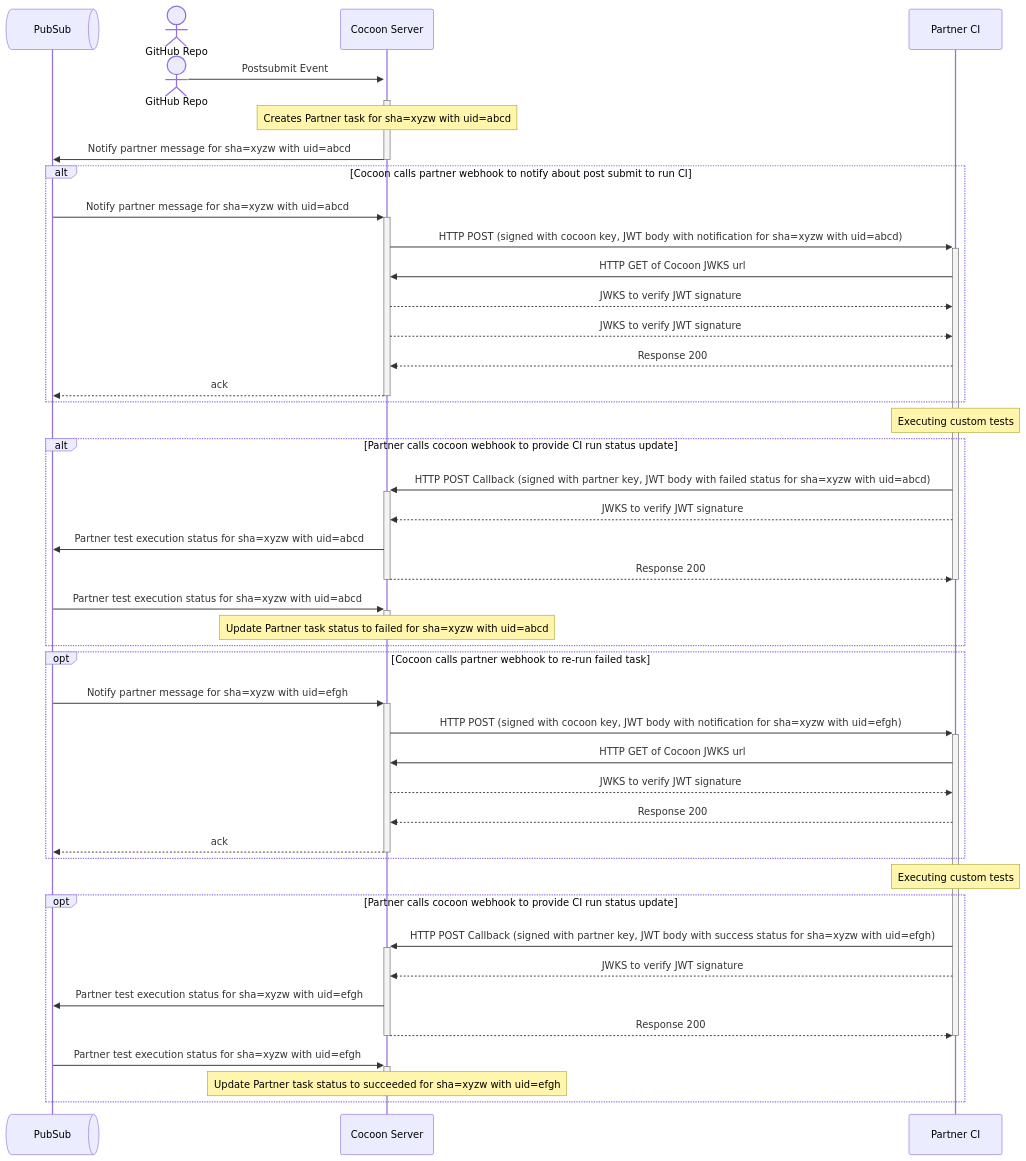
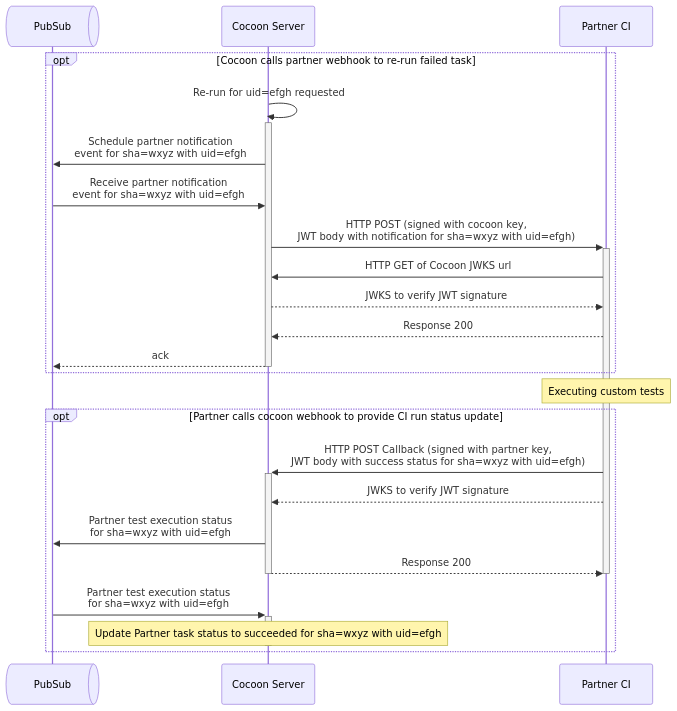
The sixth of 8 diagrams in rfc/610.0000-flutter-pluggable-ci.md (flutter/rfc), drawn with Mermaid before and after one commit. The commit also changed other lines of this file, not shown here.

Commit message:
respond to all codefu comments. split flow diagram to multiple logical parts

````diff
--- a/rfc/610.0000-flutter-pluggable-ci.md
+++ b/rfc/610.0000-flutter-pluggable-ci.md
@@ -160,58 +165,31 @@
 ```mermaid
 sequenceDiagram
     participant PubSub@{"type":"queue"}
-    actor GitHub as GitHub Repo
     participant Cocoon as Cocoon Server
     participant Partner as Partner CI
-    destroy GitHub
-    GitHub->>+Cocoon: Postsubmit Event
-    Note over Cocoon: Creates Partner task for sha=xyzw with uid=abcd 
-    Cocoon->>-PubSub: Notify partner message for sha=xyzw with uid=abcd
-
-    alt Cocoon calls partner webhook to notify about post submit to run CI
-        PubSub->>+Cocoon: Notify partner message for sha=xyzw with uid=abcd
-        Cocoon->>+Partner: HTTP POST (signed with cocoon key, JWT body with notification for sha=xyzw with uid=abcd)
-        Partner->>Cocoon: HTTP GET of Cocoon JWKS url
-        Cocoon-->>Partner: JWKS to verify JWT signature
-        Cocoon-->>Partner: JWKS to verify JWT signature
-        Partner-->>Cocoon: Response 200
-        Cocoon-->>-PubSub: ack
-    end
-
-    Note over Partner: Executing custom tests
-
-    alt Partner calls cocoon webhook to provide CI run status update
-        Partner->>+Cocoon: HTTP POST Callback (signed with partner key, JWT body with failed status for sha=xyzw with uid=abcd)
-
-        Partner-->>Cocoon: JWKS to verify JWT signature
-        Cocoon->>PubSub: Partner test execution status for sha=xyzw with uid=abcd
-        Cocoon-->>-Partner: Response 200
-        deactivate Partner
-        PubSub->>+Cocoon: Partner test execution status for sha=xyzw with uid=abcd
-        Note over Cocoon: Update Partner task status to failed for sha=xyzw with uid=abcd
-        deactivate Cocoon
-    end
 
     opt Cocoon calls partner webhook to re-run failed task
-        PubSub->>+Cocoon: Notify partner message for sha=xyzw with uid=efgh
-        Cocoon->>+Partner: HTTP POST (signed with cocoon key, JWT body with notification for sha=xyzw with uid=efgh)
+        Cocoon->>+Cocoon: Re-run for uid=efgh requested
+        Cocoon->>PubSub: Schedule partner notification<br/>event for sha=wxyz with uid=efgh
+        PubSub->>Cocoon: Receive partner notification<br/>event for sha=wxyz with uid=efgh
+        Cocoon->>+Partner: HTTP POST (signed with cocoon key,<br/>JWT body with notification for sha=wxyz with uid=efgh)
         Partner->>Cocoon: HTTP GET of Cocoon JWKS url
         Cocoon-->>Partner: JWKS to verify JWT signature
         Partner-->>Cocoon: Response 200
         Cocoon-->>-PubSub: ack
     end
 
     Note over Partner: Executing custom tests
 
     opt Partner calls cocoon webhook to provide CI run status update
-        Partner->>+Cocoon: HTTP POST Callback (signed with partner key, JWT body with success status for sha=xyzw with uid=efgh)
+        Partner->>+Cocoon: HTTP POST Callback (signed with partner key,<br/>JWT body with success status for sha=wxyz with uid=efgh)
         Partner-->>Cocoon: JWKS to verify JWT signature
-        Cocoon->>PubSub: Partner test execution status for sha=xyzw with uid=efgh
+        Cocoon->>PubSub: Partner test execution status<br/>for sha=wxyz with uid=efgh
         Cocoon-->>-Partner: Response 200
         deactivate Partner
 
-        PubSub->>+Cocoon: Partner test execution status for sha=xyzw with uid=efgh
-        Note over Cocoon: Update Partner task status to succeeded for sha=xyzw with uid=efgh
+        PubSub->>+Cocoon: Partner test execution status<br/>for sha=wxyz with uid=efgh
+        Note over Cocoon: Update Partner task status to succeeded for sha=wxyz with uid=efgh
         deactivate Cocoon
     end
 ```
````
